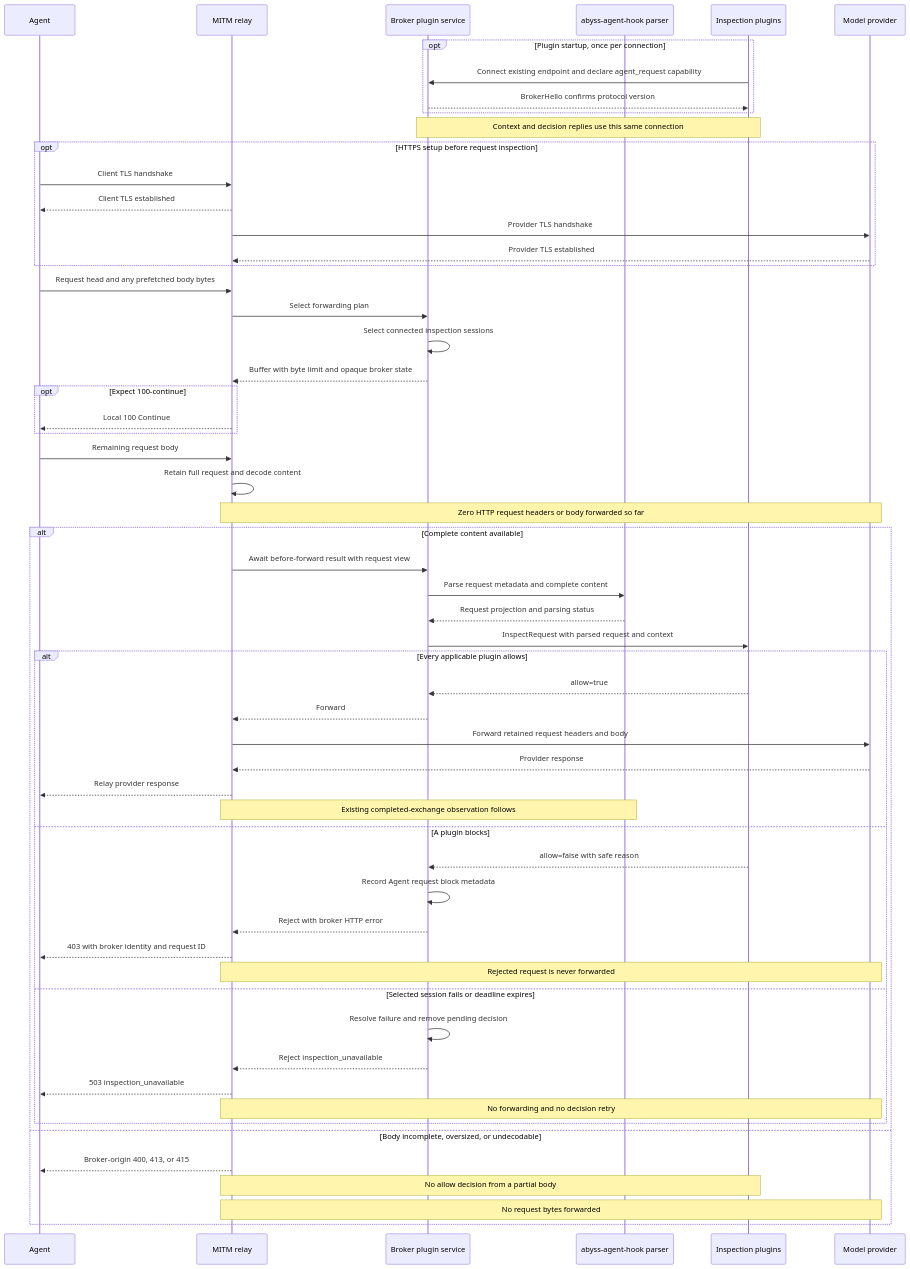
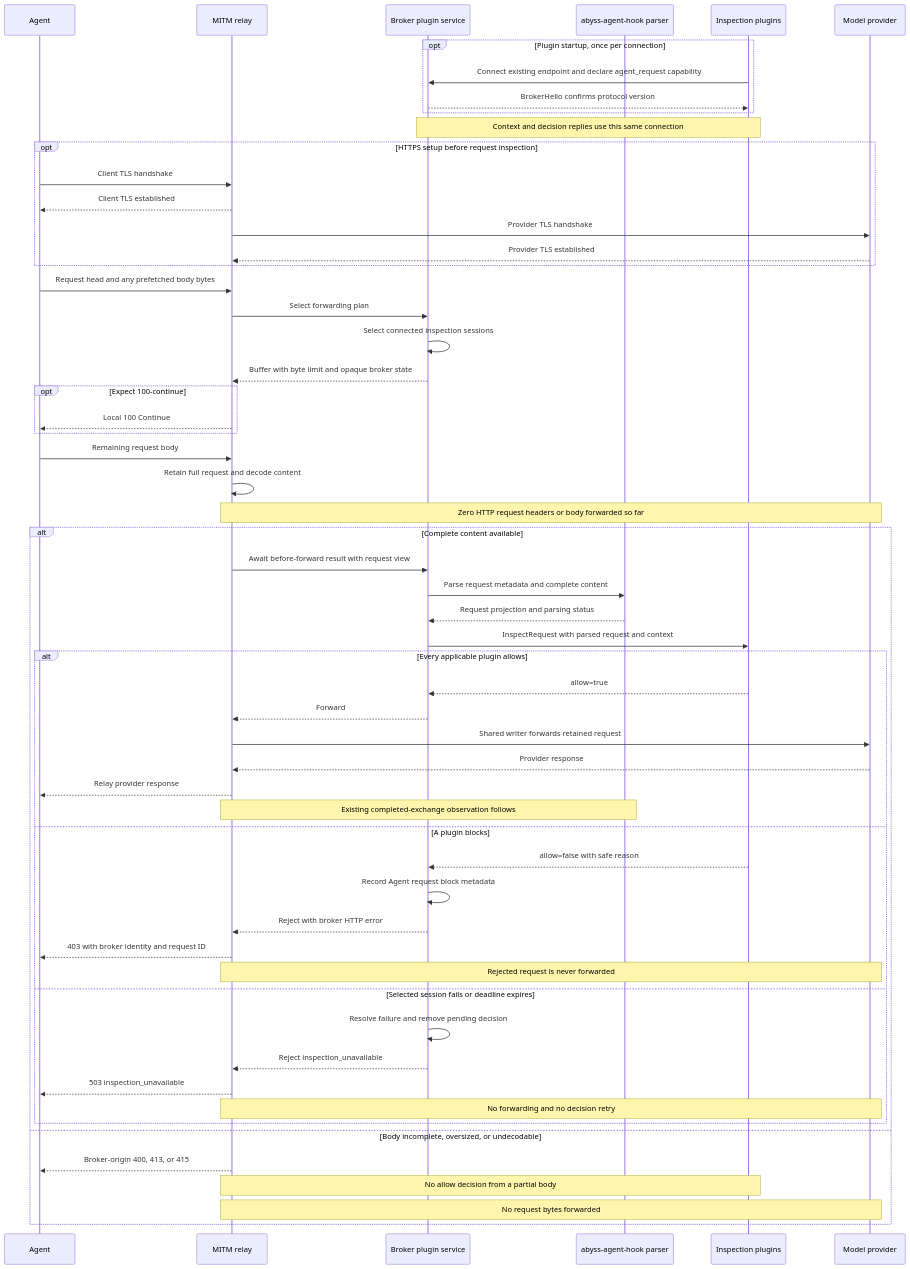
Before and after one commit to lexmount/abyss-rs: the third of 4 diagrams in docs/request-blocking-design.md, drawn with Mermaid. The commit also changed other lines of this file, not shown here.

First line of the commit message:
docs: share request forwarding pipeline stages

````diff
--- a/docs/request-blocking-design.md
+++ b/docs/request-blocking-design.md
@@ -356,59 +404,59 @@
 ```mermaid
 sequenceDiagram
     participant A as Agent
     participant M as MITM relay
     participant B as Broker plugin service
     participant R as abyss-agent-hook parser
     participant H as Inspection plugins
     participant P as Model provider
     opt Plugin startup, once per connection
         H->>B: Connect existing endpoint and declare agent_request capability
         B-->>H: BrokerHello confirms protocol version
     end
     Note over B,H: Context and decision replies use this same connection
     opt HTTPS setup before request inspection
         A->>M: Client TLS handshake
         M-->>A: Client TLS established
         M->>P: Provider TLS handshake
         P-->>M: Provider TLS established
     end
     A->>M: Request head and any prefetched body bytes
     M->>B: Select forwarding plan
     B->>B: Select connected inspection sessions
     B-->>M: Buffer with byte limit and opaque broker state
     opt Expect 100-continue
         M-->>A: Local 100 Continue
     end
     A->>M: Remaining request body
     M->>M: Retain full request and decode content
     Note over M,P: Zero HTTP request headers or body forwarded so far
     alt Complete content available
         M->>B: Await before-forward result with request view
         B->>R: Parse request metadata and complete content
         R-->>B: Request projection and parsing status
         B->>H: InspectRequest with parsed request and context
         alt Every applicable plugin allows
             H-->>B: allow=true
             B-->>M: Forward
-            M->>P: Forward retained request headers and body
+            M->>P: Shared writer forwards retained request
             P-->>M: Provider response
             M-->>A: Relay provider response
             Note over M,R: Existing completed-exchange observation follows
         else A plugin blocks
             H-->>B: allow=false with safe reason
             B->>B: Record Agent request block metadata
             B-->>M: Reject with broker HTTP error
             M-->>A: 403 with broker identity and request ID
             Note over M,P: Rejected request is never forwarded
         else Selected session fails or deadline expires
             B->>B: Resolve failure and remove pending decision
             B-->>M: Reject inspection_unavailable
             M-->>A: 503 inspection_unavailable
             Note over M,P: No forwarding and no decision retry
         end
     else Body incomplete, oversized, or undecodable
         M-->>A: Broker-origin 400, 413, or 415
         Note over M,H: No allow decision from a partial body
         Note over M,P: No request bytes forwarded
     end
 ```
````
